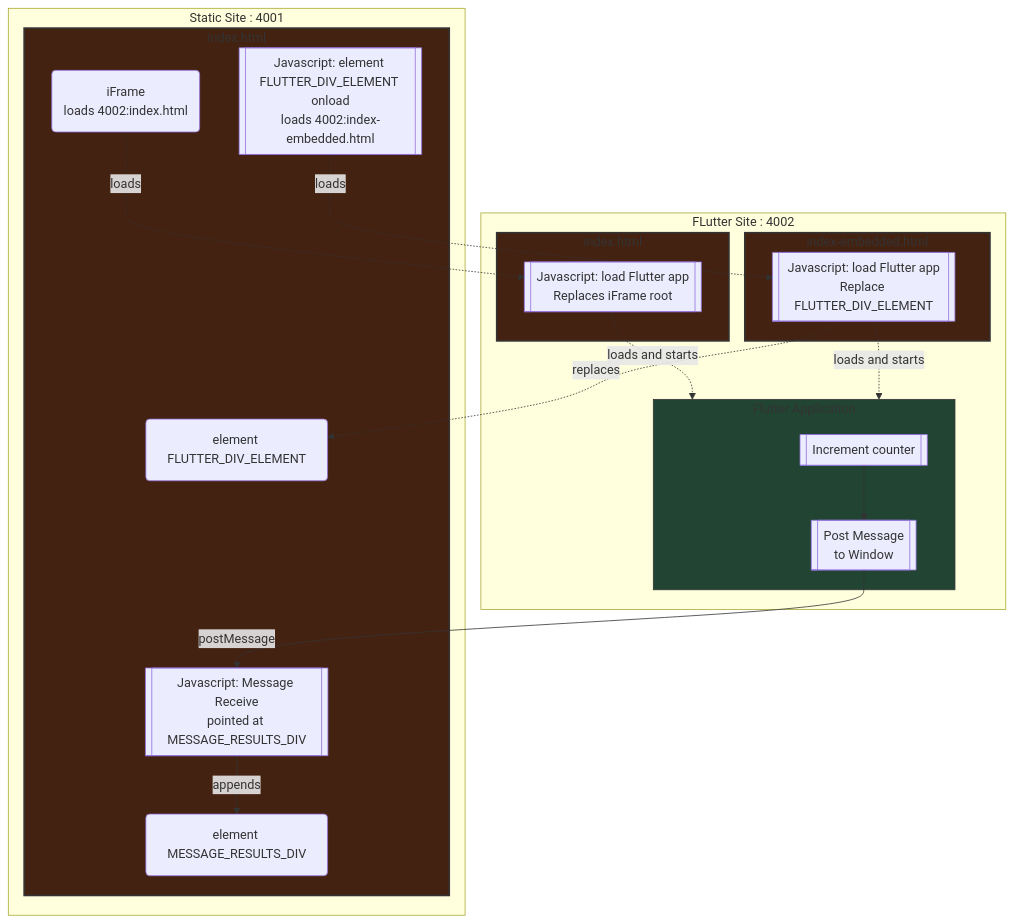
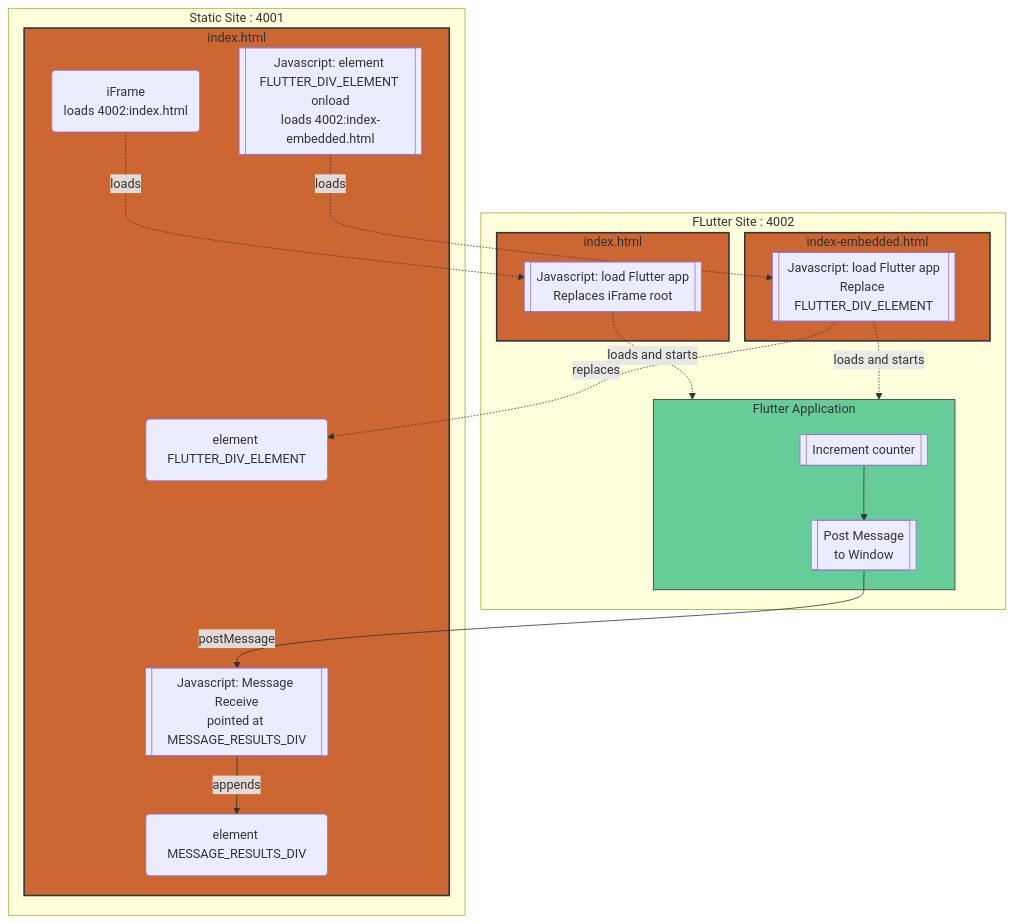
One commit to freemansoft/flutter-embedded changed the diagram in README.md. Above: the diagram before and after it, drawn with Mermaid.

Commit message:
color doesn't work with light and dark mode

````diff
--- a/README.md
+++ b/README.md
@@ -11,41 +11,41 @@
 ```mermaid
 graph TD
   subgraph 4001[Static Site : 4001]
     subgraph staticIndex[index.html]
       elementLoad[[Javascript: element FLUTTER_DIV_ELEMENT onload<br/;>loads 4002:index-embedded.html]]
       messageReceive[[Javascript: Message Receive<br/;>pointed at MESSAGE_RESULTS_DIV]]
       iFrame(iFrame <br/;> loads 4002:index.html)
       elementFlutterDiv(element FLUTTER_DIV_ELEMENT)
       elementMessage(element MESSAGE_RESULTS_DIV)
     end
   end
 
   subgraph 4002[FLutter Site : 4002]
     subgraph flutterIndexEmbedded[index-embedded.html]
       flutterIndexLoadEmbedded[[Javascript: load Flutter app<br/;>Replace FLUTTER_DIV_ELEMENT]]
     end
     subgraph flutterIndex[index.html]
       flutterIndexLoad[[Javascript: load Flutter app<br/;>Replaces iFrame root]]
     end
     subgraph flutter[Flutter Application]
       counter[[Increment counter]]
       flutterPostMessage[[Post Message<br/;>to Window]]
     end
   end
 
   elementLoad-.loads.->flutterIndexLoadEmbedded
   iFrame-.loads.->flutterIndexLoad
   messageReceive--appends-->elementMessage
 
   flutterIndexLoad-.loads and starts.->flutter
   flutterIndexLoadEmbedded-.loads and starts.->flutter
   flutterIndexLoadEmbedded-.replaces.->elementFlutterDiv
   counter-->flutterPostMessage
   flutterPostMessage--postMessage-->messageReceive
 
-  classDef orange fill:#421,stroke:#333,stroke-width:2px;
-  classDef green fill:#243,stroke:#333,strong-width:2px;
+  classDef orange fill:#c63,stroke:#333,stroke-width:2px;
+  classDef green fill:#6c9,stroke:#333,strong-width:2px;
   class staticIndex,flutterIndex,flutterIndexEmbedded orange
   class flutter green
 
 ```
````
